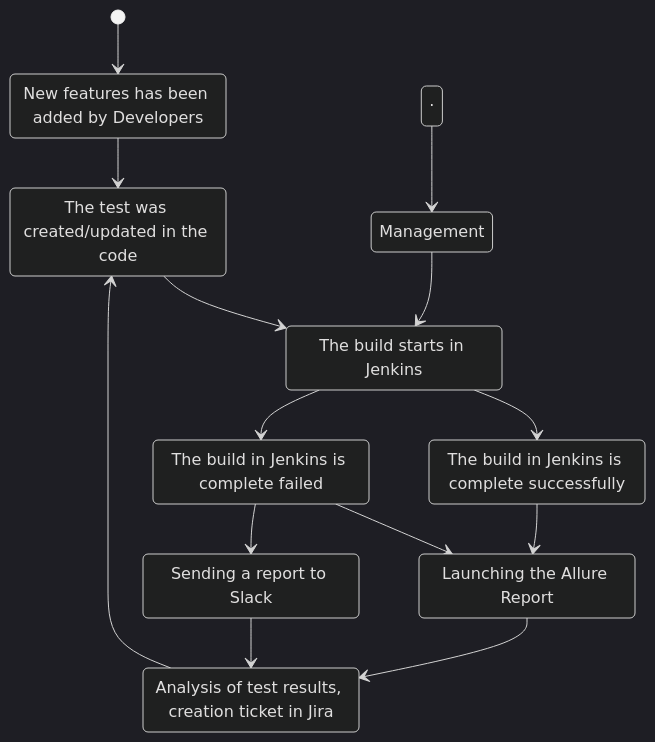
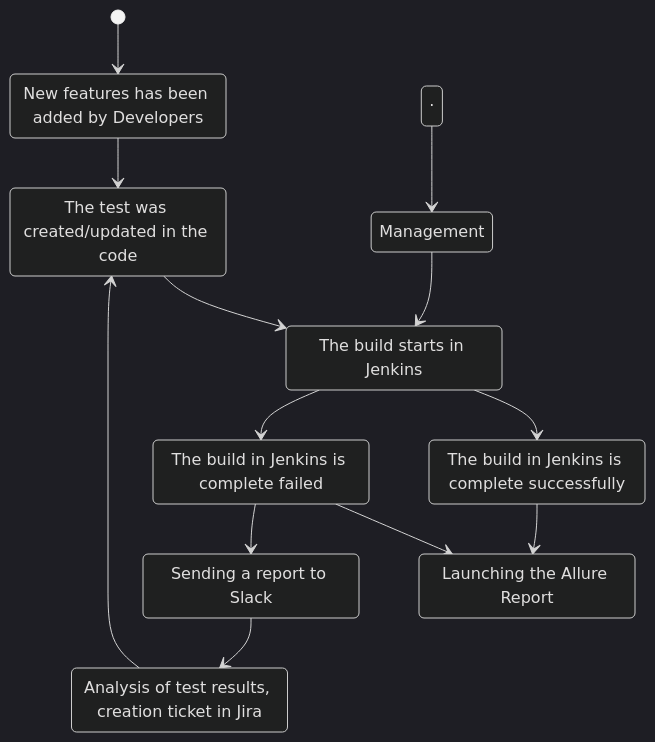
One commit to berezovskievgenisergeevich/oui-webapp changed the first of 2 diagrams in README.md. Above: the diagram before and after it, drawn with Mermaid (dark theme).

````diff
--- a/README.md
+++ b/README.md
@@ -19,25 +19,24 @@
 ```mermaid
 stateDiagram-v2
 state "New features has been added by Developers" as A_0
 state "The test was created/updated in the code" as A
 state "The build starts in Jenkins" as B
 state "The build in Jenkins is complete successfully" as C
 state "The build in Jenkins is complete failed" as C_1
 state "Launching the Allure Report" as D
 state "Sending a report to Slack" as D_1
 state "Analysis of test results, creation ticket in Jira" as E
 state "Management" as M
 [*] --> A_0
 · --> M
 A_0 --> A
 A --> B
 M --> B
 B --> C
 B --> C_1
 C --> D
 C_1 --> D
 C_1 --> D_1
-D --> E
 D_1 --> E
 E --> A
 ```
````
